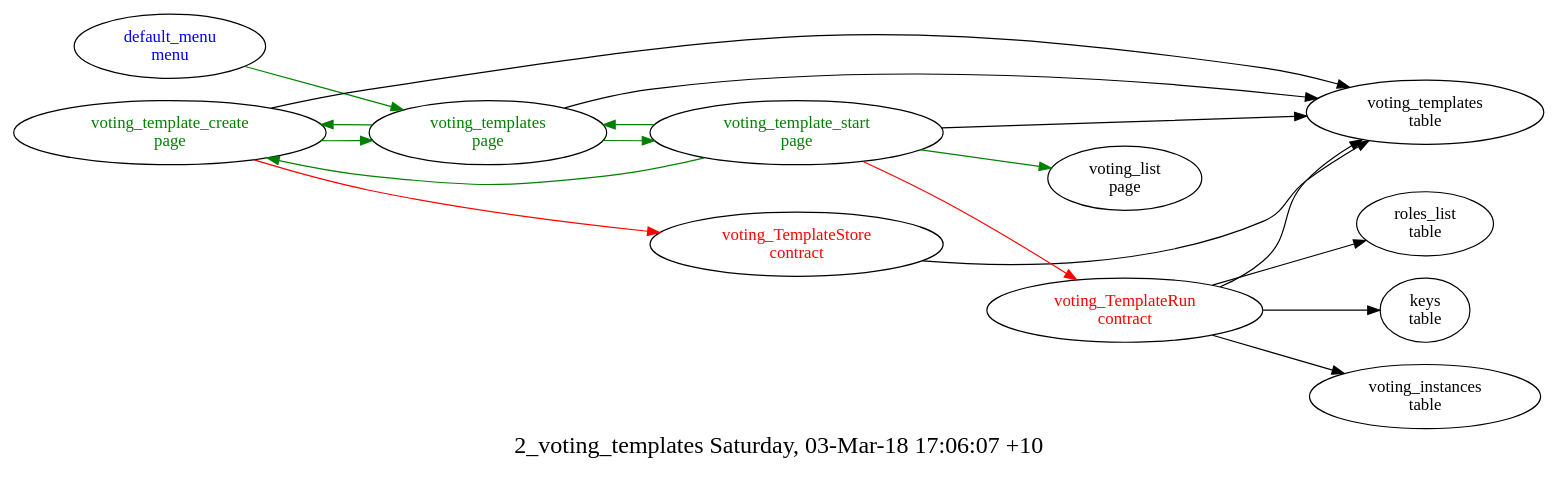
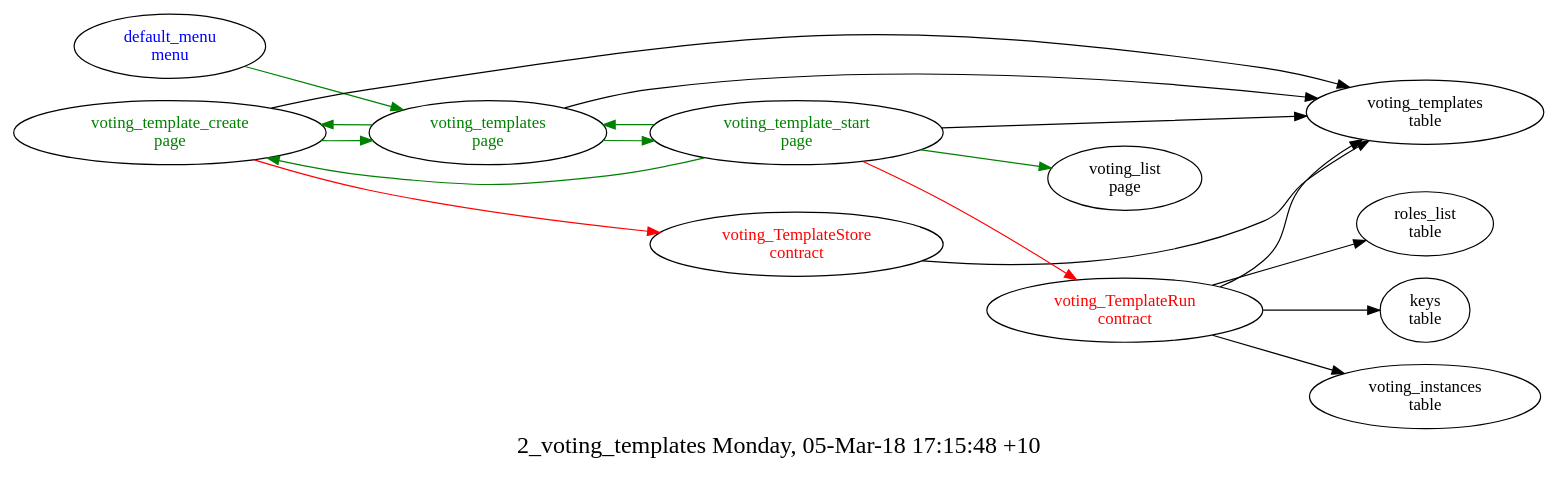
One commit to AplaProject/apps changed the diagram in src/basic/basic_main/2_voting_templates/struct.dot. Above: the diagram before and after it, drawn with Graphviz. The commit also changed 70 other files, not shown here.

```diff
--- a/src/basic/basic_main/2_voting_templates/struct.dot
+++ b/src/basic/basic_main/2_voting_templates/struct.dot
@@ -1,29 +1,29 @@
 digraph G {
 fontsize="20.0";
-label="2_voting_templates Saturday, 03-Mar-18 17:06:07 +10";
+label="2_voting_templates Monday, 05-Mar-18 17:15:48 +10";
 rankdir=LR;
 "voting_TemplateRun\ncontract" -> "voting_templates\ntable"
 "voting_TemplateRun\ncontract" -> "keys\ntable"
 "voting_TemplateRun\ncontract" -> "voting_instances\ntable"
 "voting_TemplateRun\ncontract" -> "roles_list\ntable"
 "voting_TemplateRun\ncontract" [fontcolor=red, group=contracts];
 "voting_TemplateStore\ncontract" -> "voting_templates\ntable"
 "voting_TemplateStore\ncontract" [fontcolor=red, group=contracts];
 "default_menu\nmenu" -> "voting_templates\npage"  [ color=green ]
 "default_menu\nmenu" [fontcolor=blue, group=menus];
 "voting_template_create\npage" -> "voting_TemplateStore\ncontract"  [ color=red ]
 "voting_template_create\npage" -> "voting_templates\ntable"
 "voting_template_create\npage" -> "voting_templates\npage"  [ color=green ]
 "voting_template_create\npage" [fontcolor=green, group=pages];
 "voting_template_start\npage" -> "voting_TemplateRun\ncontract"  [ color=red ]
 "voting_template_start\npage" -> "voting_templates\ntable"
 "voting_template_start\npage" -> "voting_template_create\npage"  [ color=green ]
 "voting_template_start\npage" -> "voting_templates\npage"  [ color=green ]
 "voting_template_start\npage" -> "voting_list\npage"  [ color=green ]
 "voting_template_start\npage" [fontcolor=green, group=pages];
 "voting_templates\npage" -> "voting_templates\ntable"
 "voting_templates\npage" -> "voting_template_start\npage"  [ color=green ]
 "voting_templates\npage" -> "voting_template_create\npage"  [ color=green ]
 "voting_templates\npage" [fontcolor=green, group=pages];
 "voting_templates\ntable" [group=tables];
 }
```
